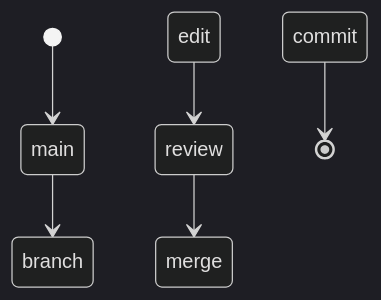
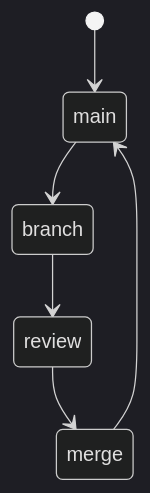
One commit to sdncoder/sdncoder.github.io changed the first of 2 diagrams in README.md. Above: the diagram before and after it, drawn with Mermaid (dark theme).

````diff
--- a/README.md
+++ b/README.md
@@ -7,8 +7,8 @@
 ```mermaid
    stateDiagram
     [*] --> main
     main --> branch
-    edit --> review
+    branch --> review
     review --> merge
-    commit --> [*]
+    merge --> main
  ```
````
